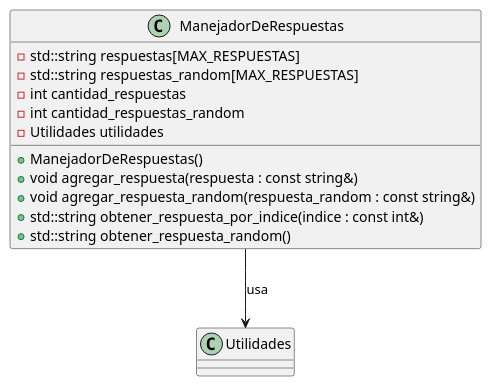
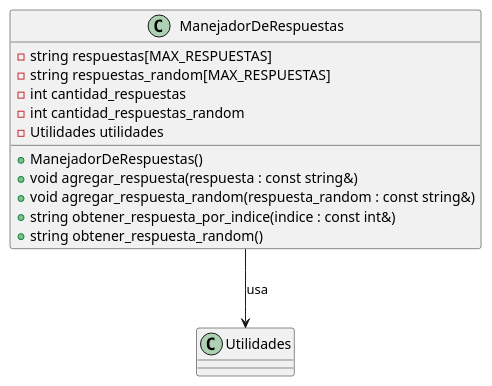
Before and after one commit to guillsil/Transformers-Game: the diagram in Diagramas-UML/ManejadorDeRespuestas.puml, drawn with PlantUML. The commit also changed 6 other files, not shown here.

```diff
--- a/Diagramas-UML/ManejadorDeRespuestas.puml
+++ b/Diagramas-UML/ManejadorDeRespuestas.puml
@@ -1,23 +1,23 @@
 @startuml
 'https://plantuml.com/class-diagram
 
 class Utilidades
 
 class ManejadorDeRespuestas {
-    - std::string respuestas[MAX_RESPUESTAS]
-    - std::string respuestas_random[MAX_RESPUESTAS]
+    - string respuestas[MAX_RESPUESTAS]
+    - string respuestas_random[MAX_RESPUESTAS]
     - int cantidad_respuestas
     - int cantidad_respuestas_random
     - Utilidades utilidades
 
     + ManejadorDeRespuestas()
     + void agregar_respuesta(respuesta : const string&)
     + void agregar_respuesta_random(respuesta_random : const string&)
-    + std::string obtener_respuesta_por_indice(indice : const int&)
-    + std::string obtener_respuesta_random()
+    + string obtener_respuesta_por_indice(indice : const int&)
+    + string obtener_respuesta_random()
 }
 
 ' Relaciones
 ManejadorDeRespuestas --> Utilidades : "usa"
 
 @enduml
```
